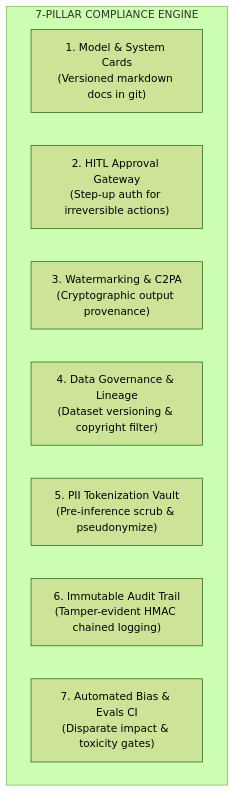
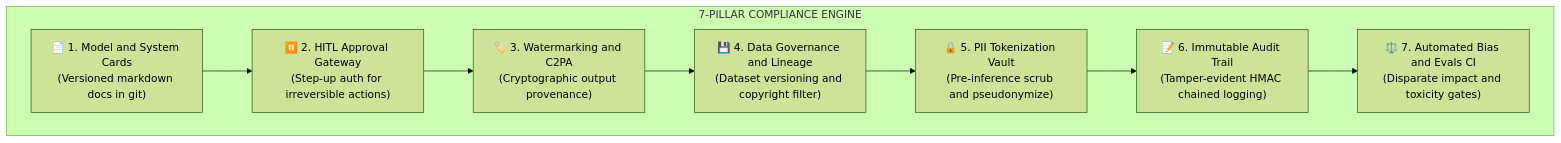
One commit to dip4k/senior-engineer-to-ai-engineer-roadmap changed the sixth of 12 diagrams in resources/ai-governance-and-compliance-guide.md. Above: the diagram before and after it, drawn with Mermaid (forest theme). The commit also changed other lines of this file and 94 other files, not shown here.

Commit message:
refactor(curriculum): complete Phase 04 upgrade and enforce diagram renderer invariants

````diff
--- a/resources/ai-governance-and-compliance-guide.md
+++ b/resources/ai-governance-and-compliance-guide.md
@@ -277,12 +276,13 @@
 ```mermaid
 flowchart TD
     subgraph Pipeline["7-PILLAR COMPLIANCE ENGINE"]
-        P1["1. Model & System Cards\n(Versioned markdown docs in git)"]
-        P2["2. HITL Approval Gateway\n(Step-up auth for irreversible actions)"]
-        P3["3. Watermarking & C2PA\n(Cryptographic output provenance)"]
-        P4["4. Data Governance & Lineage\n(Dataset versioning & copyright filter)"]
-        P5["5. PII Tokenization Vault\n(Pre-inference scrub & pseudonymize)"]
-        P6["6. Immutable Audit Trail\n(Tamper-evident HMAC chained logging)"]
-        P7["7. Automated Bias & Evals CI\n(Disparate impact & toxicity gates)"]
+        P1["📄 1. Model and System Cards\n(Versioned markdown docs in git)"]
+        P2["⏸️ 2. HITL Approval Gateway\n(Step-up auth for irreversible actions)"]
+        P3["🏷️ 3. Watermarking and C2PA\n(Cryptographic output provenance)"]
+        P4["💾 4. Data Governance and Lineage\n(Dataset versioning and copyright filter)"]
+        P5["🔒 5. PII Tokenization Vault\n(Pre-inference scrub and pseudonymize)"]
+        P6["📝 6. Immutable Audit Trail\n(Tamper-evident HMAC chained logging)"]
+        P7["⚖️ 7. Automated Bias and Evals CI\n(Disparate impact and toxicity gates)"]
+        P1 --> P2 --> P3 --> P4 --> P5 --> P6 --> P7
     end
 ```
````
